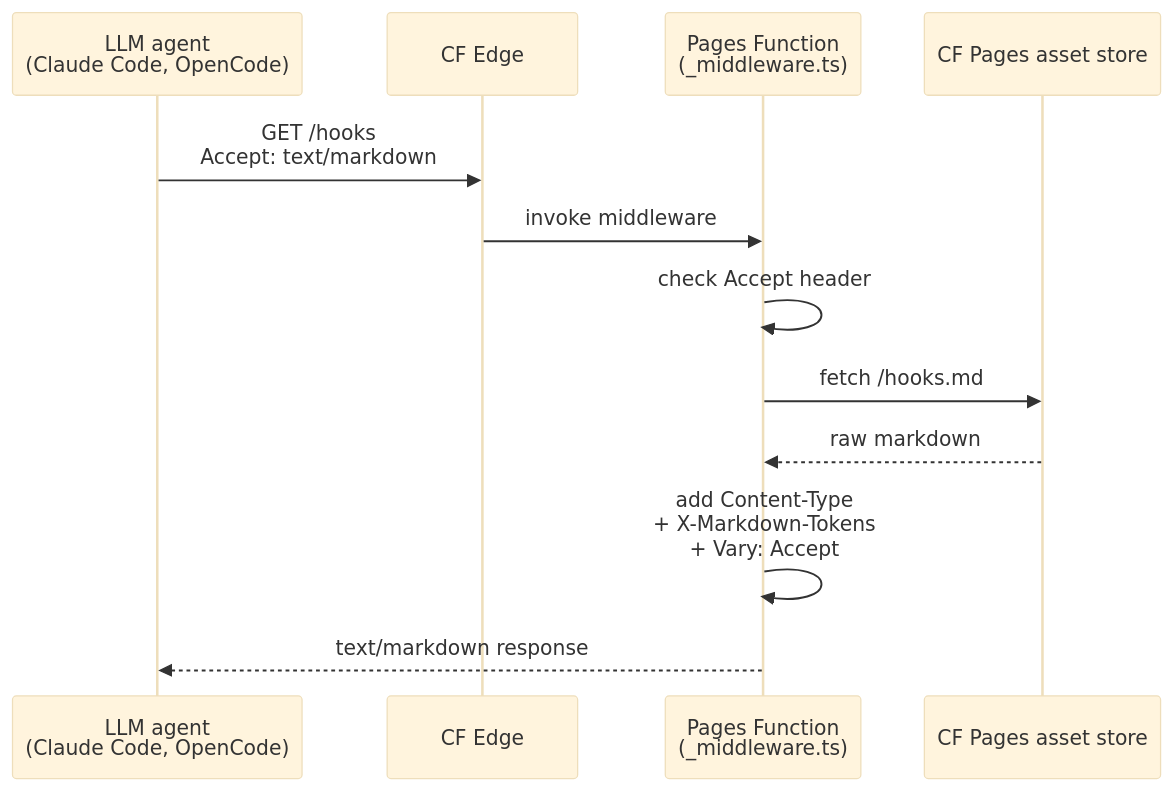
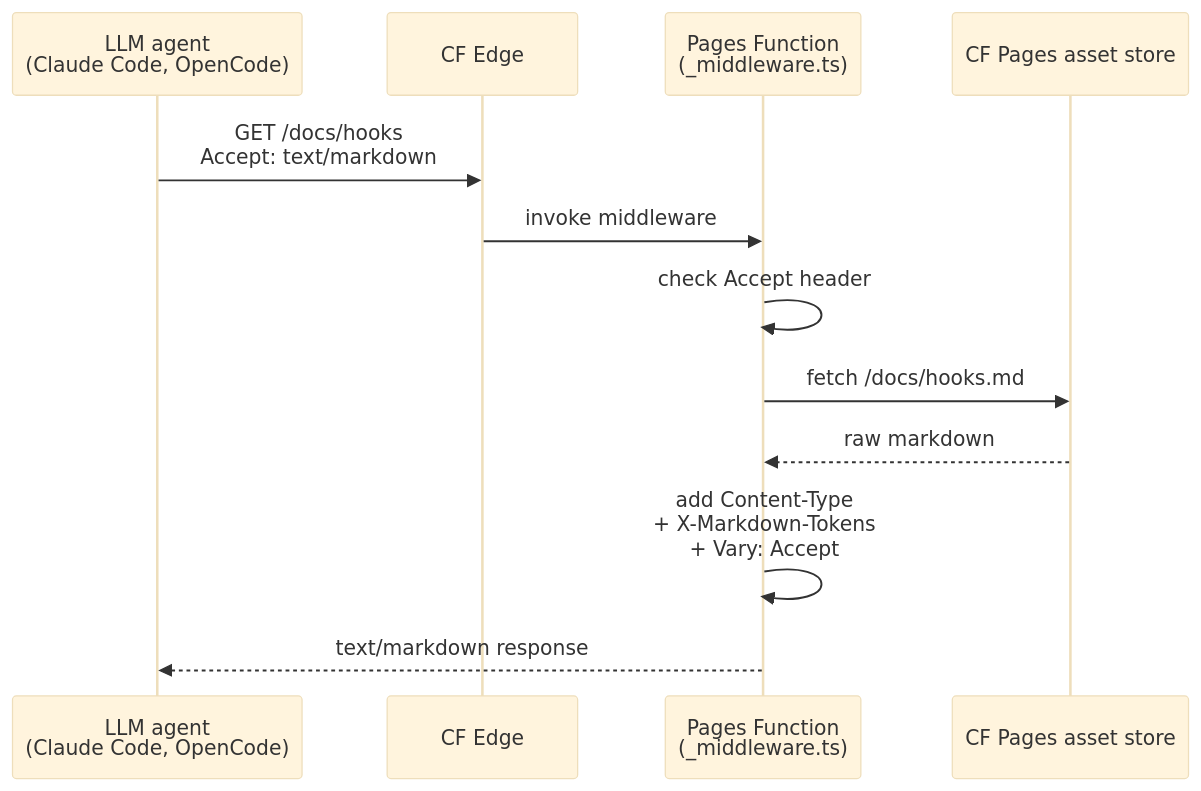
Before and after one commit to asivura/claude-almanac: the sixth of 11 diagrams in site-planning/site-architecture.md, drawn with Mermaid (base theme). The commit also changed other lines of this file, not shown here.

First line of the commit message:
docs: prefix all sample URLs with /docs/ in architecture spec

````diff
--- a/site-planning/site-architecture.md
+++ b/site-planning/site-architecture.md
@@ -168,15 +168,15 @@
 ```mermaid
 sequenceDiagram
     participant A as LLM agent<br/>(Claude Code, OpenCode)
     participant Edge as CF Edge
     participant MW as Pages Function<br/>(_middleware.ts)
     participant Pages as CF Pages asset store
 
-    A->>Edge: GET /hooks<br/>Accept: text/markdown
+    A->>Edge: GET /docs/hooks<br/>Accept: text/markdown
     Edge->>MW: invoke middleware
     MW->>MW: check Accept header
-    MW->>Pages: fetch /hooks.md
+    MW->>Pages: fetch /docs/hooks.md
     Pages-->>MW: raw markdown
     MW->>MW: add Content-Type<br/>+ X-Markdown-Tokens<br/>+ Vary: Accept
     MW-->>A: text/markdown response
 ```
````
